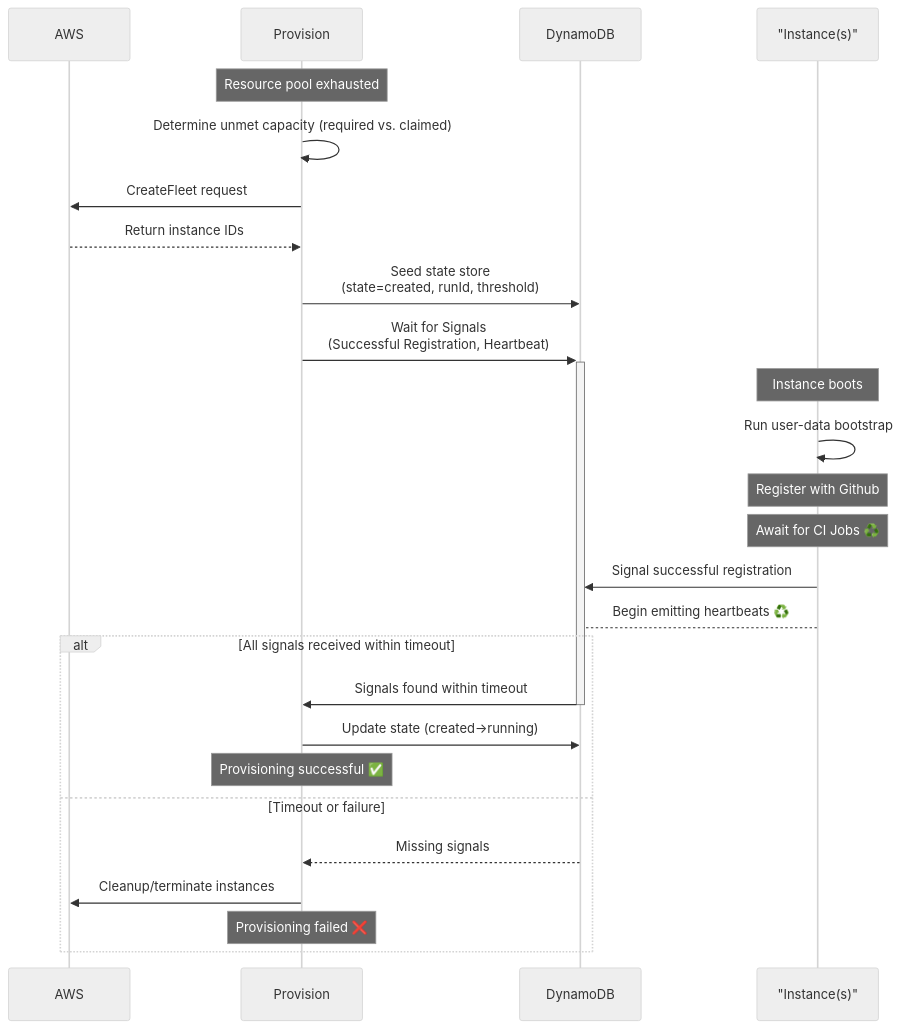
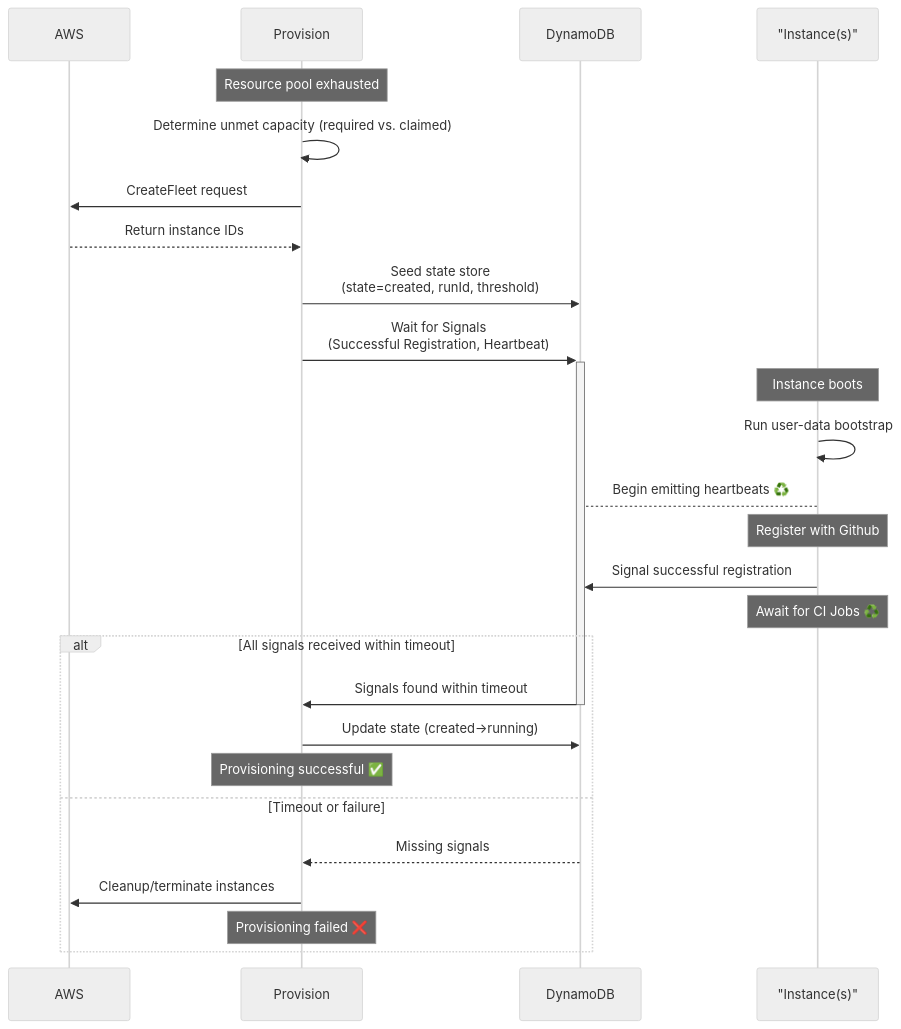
Before and after one commit to fleet-actions/ec2-runner-pool-manager: the second of 2 diagrams in docs/architecture/provision/provision.md, drawn with Mermaid (neutral theme). The commit also changed 4 other files, not shown here.

````diff
--- a/docs/architecture/provision/provision.md
+++ b/docs/architecture/provision/provision.md
@@ -83,32 +83,31 @@
       ```mermaid
       sequenceDiagram
          participant AWS
          participant Provision
          participant DynamoDB
          participant Instance as "Instance(s)"
 
          Note over Provision: Resource pool exhausted
          Provision->>Provision: Determine unmet capacity (required vs. claimed)
          Provision->>AWS: CreateFleet request
          AWS-->>Provision: Return instance IDs
          Provision->>DynamoDB: Seed state store <br> (state=created, runId, threshold)
          Provision->>+DynamoDB: Wait for Signals <br> (Successful Registration, Heartbeat)
 
          Note over Instance: Instance boots
          Instance->>Instance: Run user-data bootstrap
+         Instance-->DynamoDB: Begin emitting heartbeats ♻️ 
          Note over Instance: Register with Github
+         Instance->>DynamoDB: Signal successful registration
          Note over Instance: Await for CI Jobs ♻️
-         Instance->>DynamoDB: Signal successful registration
-         Instance-->DynamoDB: Begin emitting heartbeats ♻️ 
-         
          
          alt All signals received within timeout
             DynamoDB->>-Provision: Signals found within timeout
             Provision->>DynamoDB: Update state (created->running)
             Note over Provision: Provisioning successful ✅
          else Timeout or failure
             DynamoDB-->>Provision: Missing signals
             Provision->>AWS: Cleanup/terminate instances
             Note over Provision: Provisioning failed ❌
          end
       ```
````
